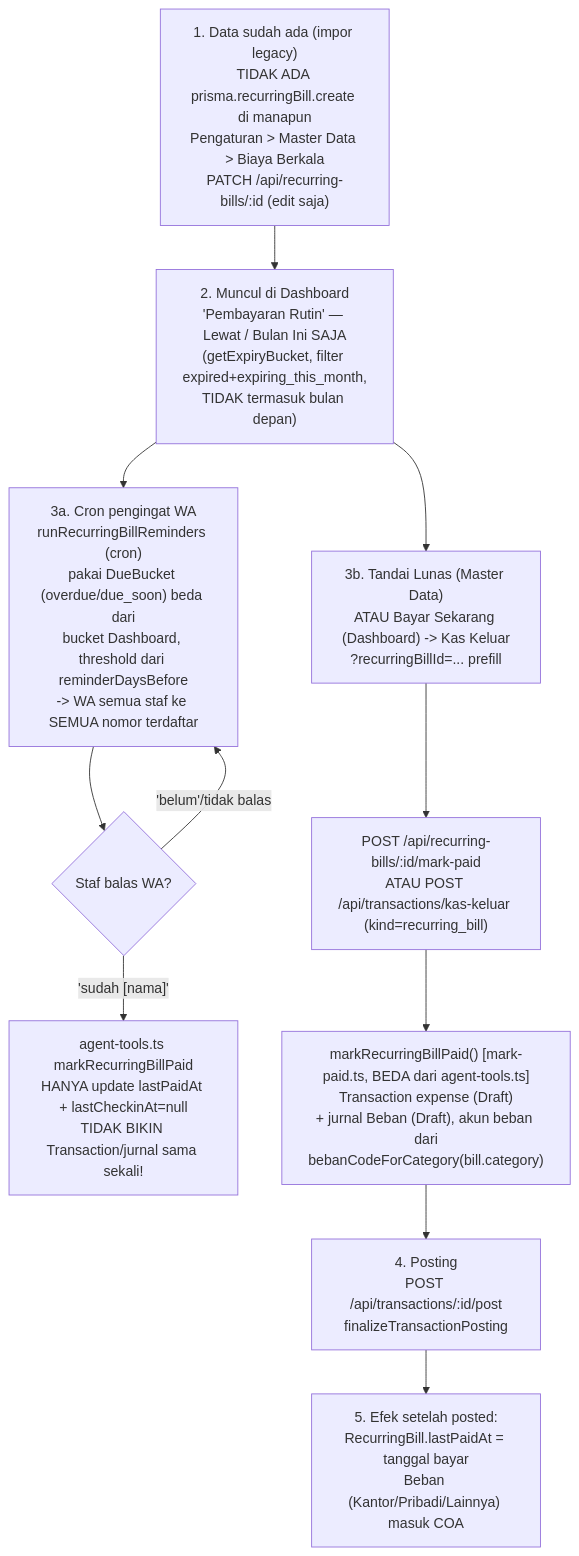
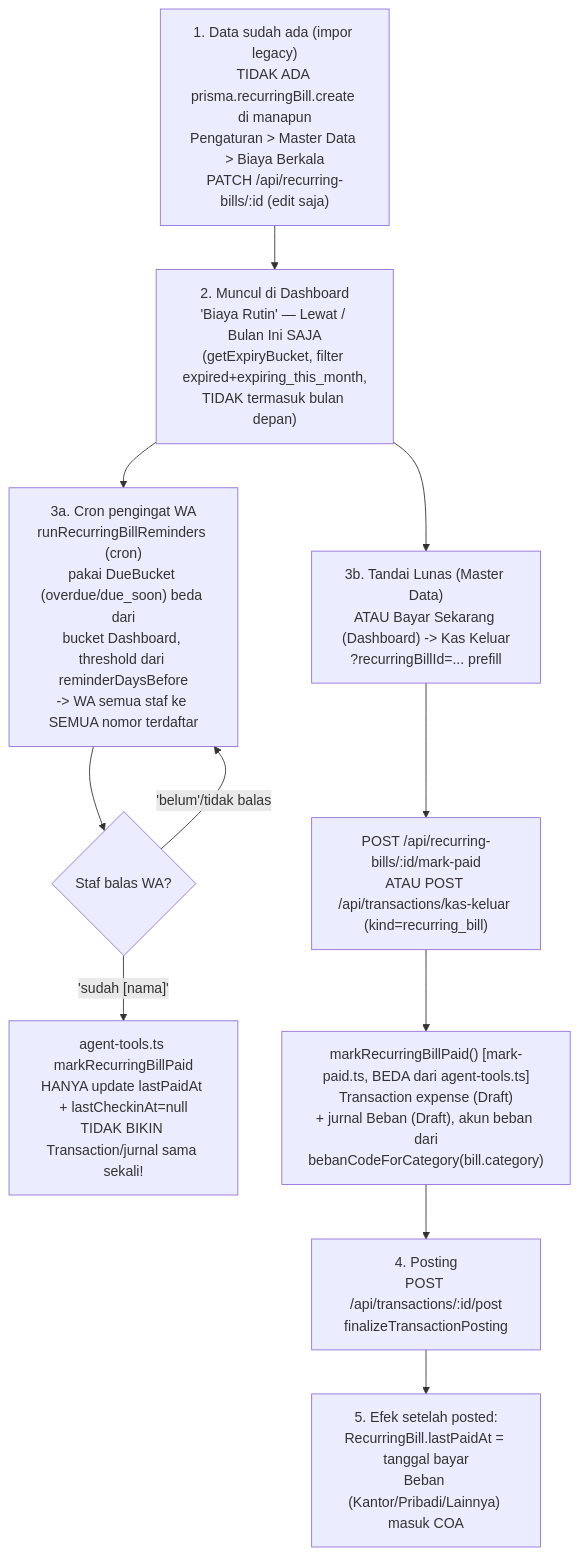
Before and after one commit to dewarisaptajayasri1579-beep/simple-system: the diagram in Check-Flow-BiayaBerkala.MD, drawn with Mermaid. The commit also changed 20 other files, not shown here.

````diff
--- a/Check-Flow-BiayaBerkala.MD
+++ b/Check-Flow-BiayaBerkala.MD
@@ -16,15 +16,15 @@
 ```mermaid
 flowchart TD
-  A["1. Data sudah ada (impor legacy)\nTIDAK ADA prisma.recurringBill.create di manapun\nPengaturan > Master Data > Biaya Berkala\nPATCH /api/recurring-bills/:id (edit saja)"] --> B["2. Muncul di Dashboard\n'Pembayaran Rutin' — Lewat / Bulan Ini SAJA\n(getExpiryBucket, filter expired+expiring_this_month,\nTIDAK termasuk bulan depan)"]
+  A["1. Data sudah ada (impor legacy)\nTIDAK ADA prisma.recurringBill.create di manapun\nPengaturan > Master Data > Biaya Berkala\nPATCH /api/recurring-bills/:id (edit saja)"] --> B["2. Muncul di Dashboard\n'Biaya Rutin' — Lewat / Bulan Ini SAJA\n(getExpiryBucket, filter expired+expiring_this_month,\nTIDAK termasuk bulan depan)"]
 
   B --> C["3a. Cron pengingat WA\nrunRecurringBillReminders (cron)\npakai DueBucket (overdue/due_soon) beda dari\nbucket Dashboard, threshold dari reminderDaysBefore\n-> WA semua staf ke SEMUA nomor terdaftar"]
   C --> C2{"Staf balas WA?"}
   C2 -- "'sudah [nama]'" --> C3["agent-tools.ts markRecurringBillPaid\nHANYA update lastPaidAt + lastCheckinAt=null\nTIDAK BIKIN Transaction/jurnal sama sekali!"]
   C2 -- "'belum'/tidak balas" --> C
 
   B --> D["3b. Tandai Lunas (Master Data)\nATAU Bayar Sekarang (Dashboard) -> Kas Keluar\n?recurringBillId=... prefill"]
   D --> E["POST /api/recurring-bills/:id/mark-paid\nATAU POST /api/transactions/kas-keluar (kind=recurring_bill)"]
   E --> F["markRecurringBillPaid() [mark-paid.ts, BEDA dari agent-tools.ts]\nTransaction expense (Draft)\n+ jurnal Beban (Draft), akun beban dari\nbebanCodeForCategory(bill.category)"]
   F --> G["4. Posting\nPOST /api/transactions/:id/post\nfinalizeTransactionPosting"]
   G --> H["5. Efek setelah posted:\nRecurringBill.lastPaidAt = tanggal bayar\nBeban (Kantor/Pribadi/Lainnya) masuk COA"]
 ```
````
